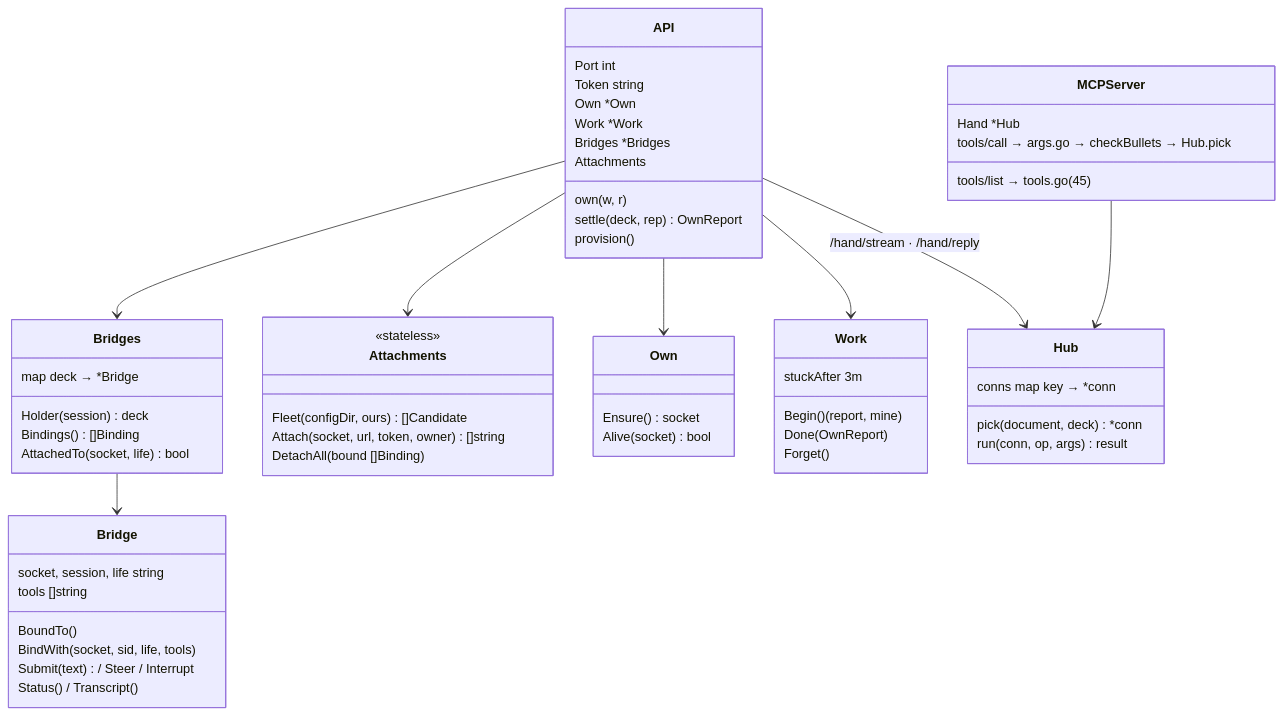
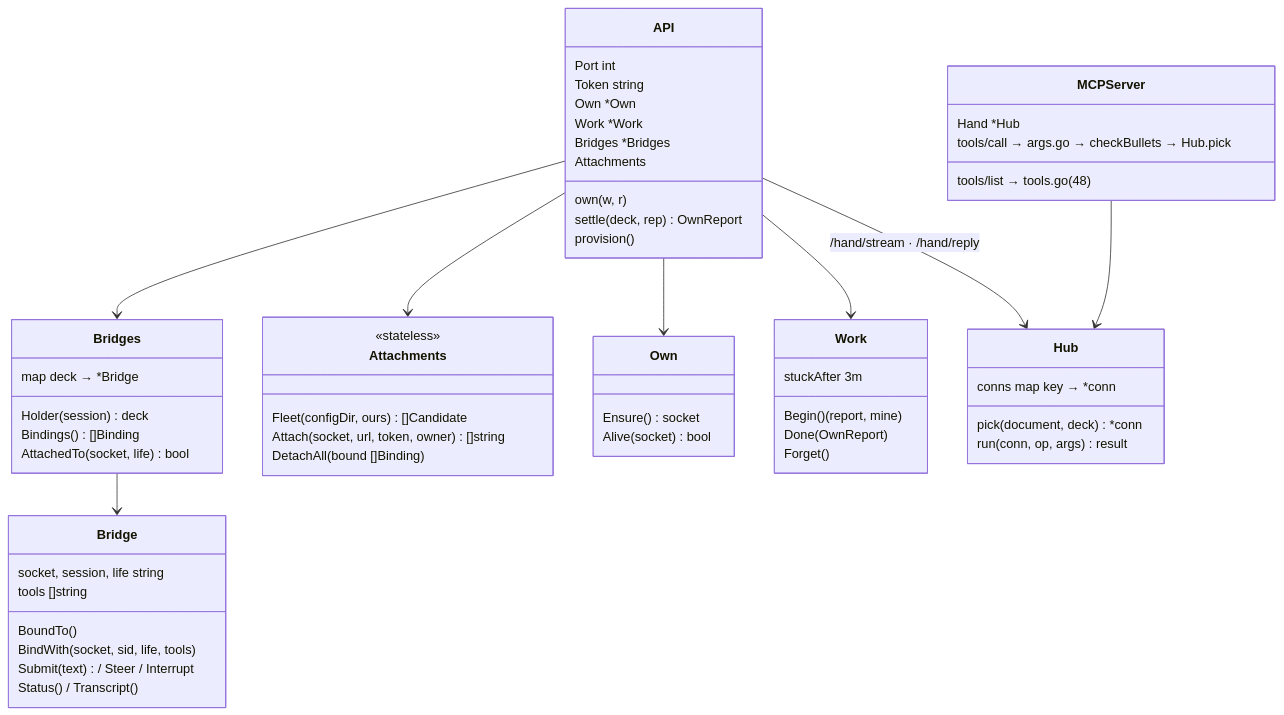
One commit to sayaya1090/magi changed the fifth of 7 diagrams in clients/powerpoint/docs/DIAGRAMS.ko.md. Above: the diagram before and after it, drawn with Mermaid. The commit also changed other lines of this file and 12 other files, not shown here.

````diff
--- a/clients/powerpoint/docs/DIAGRAMS.ko.md
+++ b/clients/powerpoint/docs/DIAGRAMS.ko.md
@@ -145,61 +145,61 @@
 ```mermaid
 classDiagram
   class API {
     Port int
     Token string
     Own *Own
     Work *Work
     Bridges *Bridges
     Attachments
     own(w, r)
     settle(deck, rep) OwnReport
     provision()
   }
   class Bridges {
     map deck → *Bridge
     Holder(session) deck
     Bindings() []Binding
     AttachedTo(socket, life) bool
   }
   class Bridge {
     socket, session, life string
     tools []string
     BoundTo()
     BindWith(socket, sid, life, tools)
     Submit(text) / Steer / Interrupt
     Status() / Transcript()
   }
   class Attachments {
     <<stateless>>
     Fleet(configDir, ours) []Candidate
     Attach(socket, url, token, owner) []string
     DetachAll(bound []Binding)
   }
   class Own {
     Ensure() socket
     Alive(socket) bool
   }
   class Work {
     Begin() (report, mine)
     Done(OwnReport)
     Forget()
     stuckAfter 3m
   }
   class Hub {
     conns map key → *conn
     pick(document, deck) *conn
     run(conn, op, args) result
   }
   class MCPServer {
     Hand *Hub
-    tools/list → tools.go (45)
+    tools/list → tools.go (48)
     tools/call → args.go → checkBullets → Hub.pick
   }
   API --> Bridges
   API --> Attachments
   API --> Own
   API --> Work
   Bridges --> Bridge
   MCPServer --> Hub
   API --> Hub : /hand/stream · /hand/reply
 ```
````
